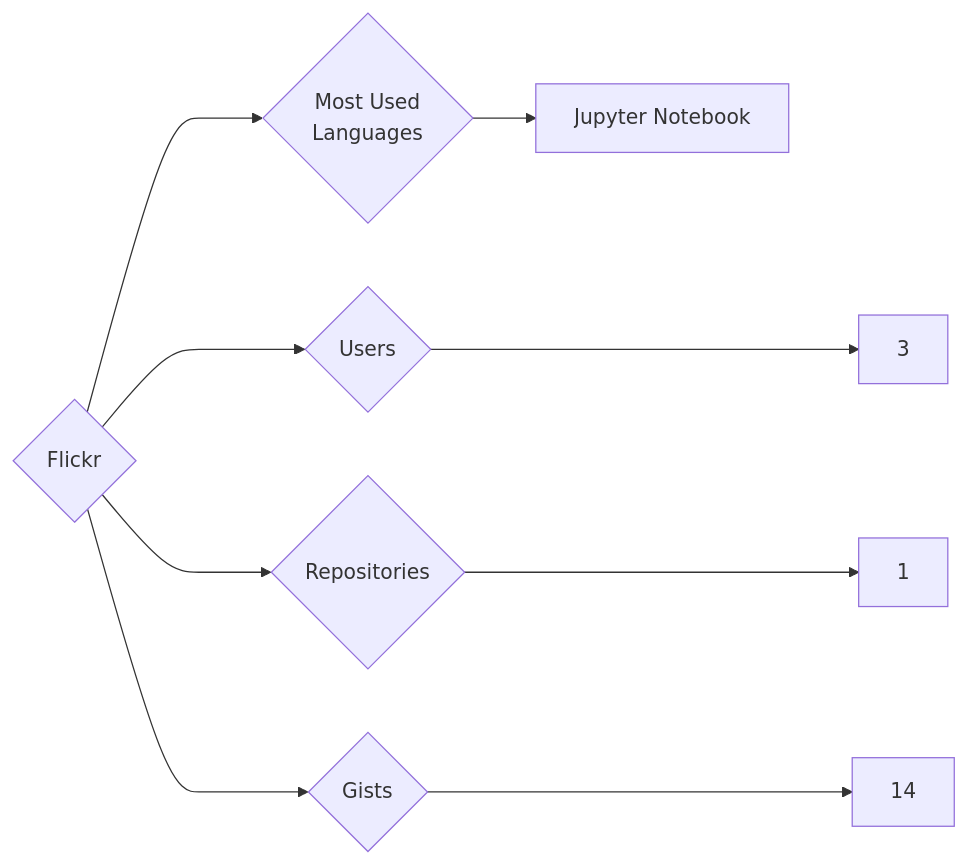
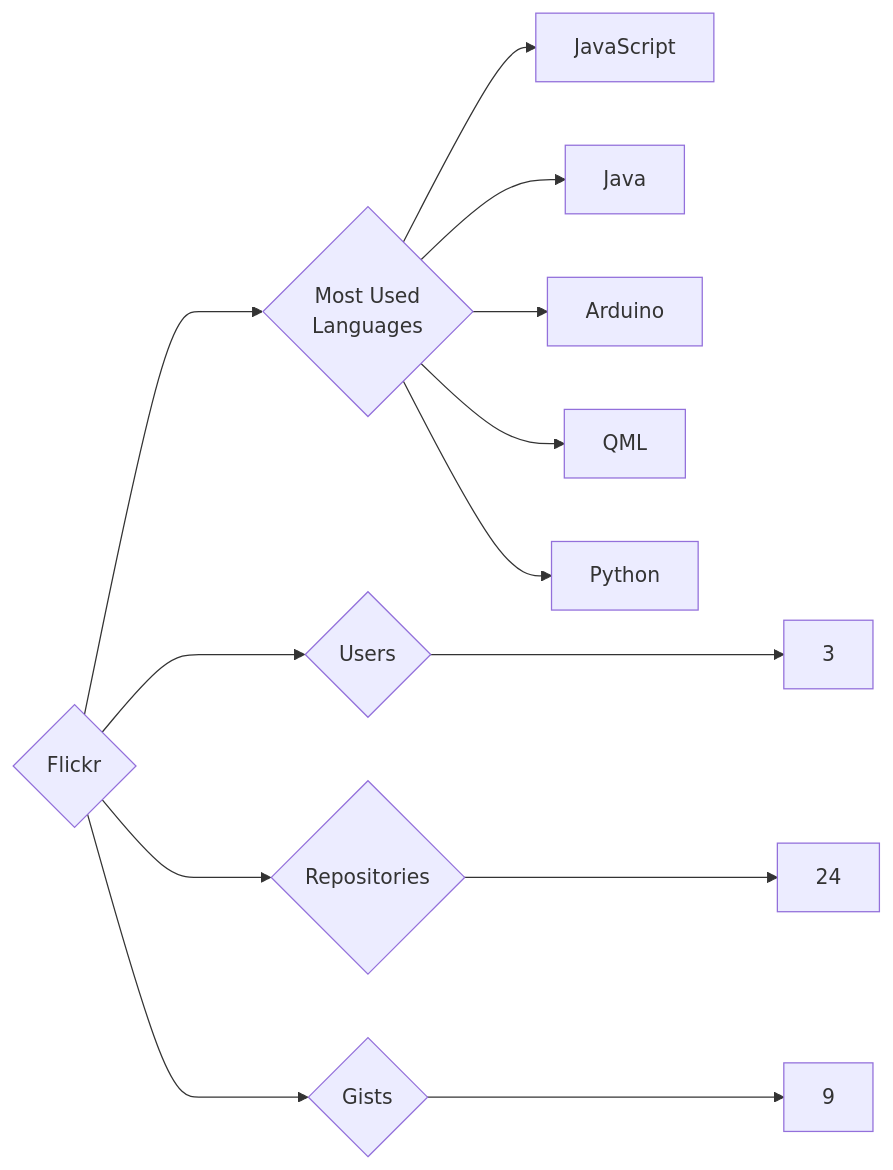
One commit to trickest/insiders changed the diagram in targets/Flickr/README.md. Above: the diagram before and after it, drawn with Mermaid. The commit also changed 724 other files, not shown here.

````diff
--- a/targets/Flickr/README.md
+++ b/targets/Flickr/README.md
@@ -3,9 +3,13 @@
 ```mermaid
 graph LR
 COMPANY_NAME{Flickr}
 COMPANY_NAME ---> U{Users} ---> UN[3]
-COMPANY_NAME ---> R{Repositories} ---> RN[1]
-COMPANY_NAME ---> G{Gists} ---> GN[14]
+COMPANY_NAME ---> R{Repositories} ---> RN[24]
+COMPANY_NAME ---> G{Gists} ---> GN[9]
 COMPANY_NAME ---> ML{Most Used<br>Languages}
-ML --> Jupyter_Notebook[Jupyter Notebook]
+ML --> JavaScript[JavaScript]
+ML --> Java[Java]
+ML --> Arduino[Arduino]
+ML --> QML[QML]
+ML --> Python[Python]
 ```
````
